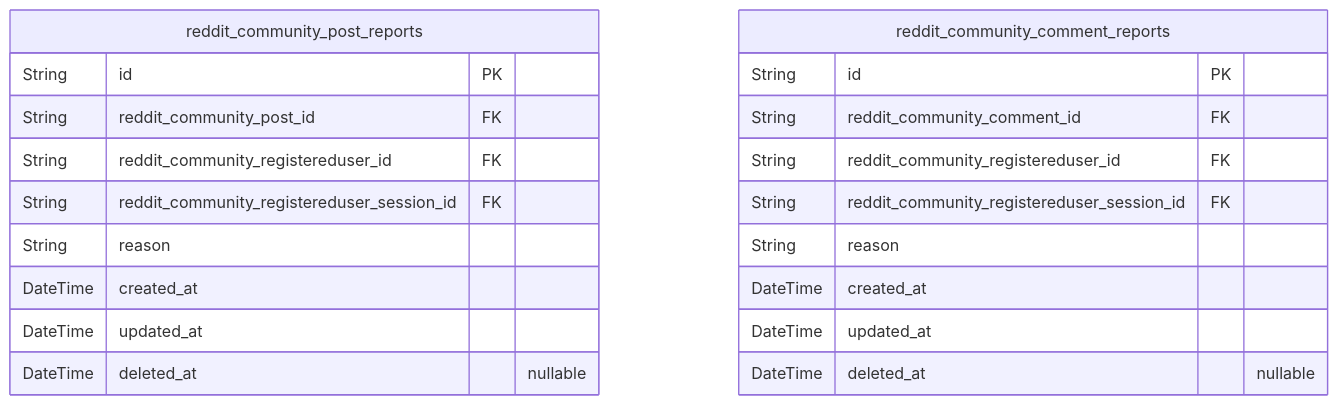
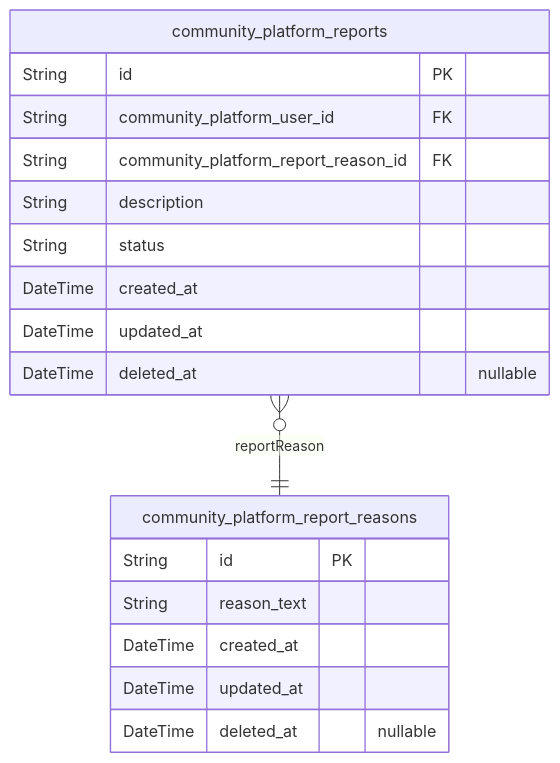
One commit to wrtnlabs/autobe-examples changed the seventh of 7 diagrams in openai/gpt-4.1-mini/reddit/docs/ERD.md. Above: the diagram before and after it, drawn with Mermaid. The commit also changed other lines of this file and 23872 other files, not shown here.

````diff
--- a/openai/gpt-4.1-mini/reddit/docs/ERD.md
+++ b/openai/gpt-4.1-mini/reddit/docs/ERD.md
@@ -530,23 +1312,21 @@
 ```mermaid
 erDiagram
-"reddit_community_post_reports" {
+"community_platform_reports" {
   String id PK
-  String reddit_community_post_id FK
-  String reddit_community_registereduser_id FK
-  String reddit_community_registereduser_session_id FK
-  String reason
+  String community_platform_user_id FK
+  String community_platform_report_reason_id FK
+  String description
+  String status
   DateTime created_at
   DateTime updated_at
   DateTime deleted_at "nullable"
 }
-"reddit_community_comment_reports" {
+"community_platform_report_reasons" {
   String id PK
-  String reddit_community_comment_id FK
-  String reddit_community_registereduser_id FK
-  String reddit_community_registereduser_session_id FK
-  String reason
+  String reason_text
   DateTime created_at
   DateTime updated_at
   DateTime deleted_at "nullable"
 }
+"community_platform_reports" }o--|| "community_platform_report_reasons" : reportReason
 ```
````
